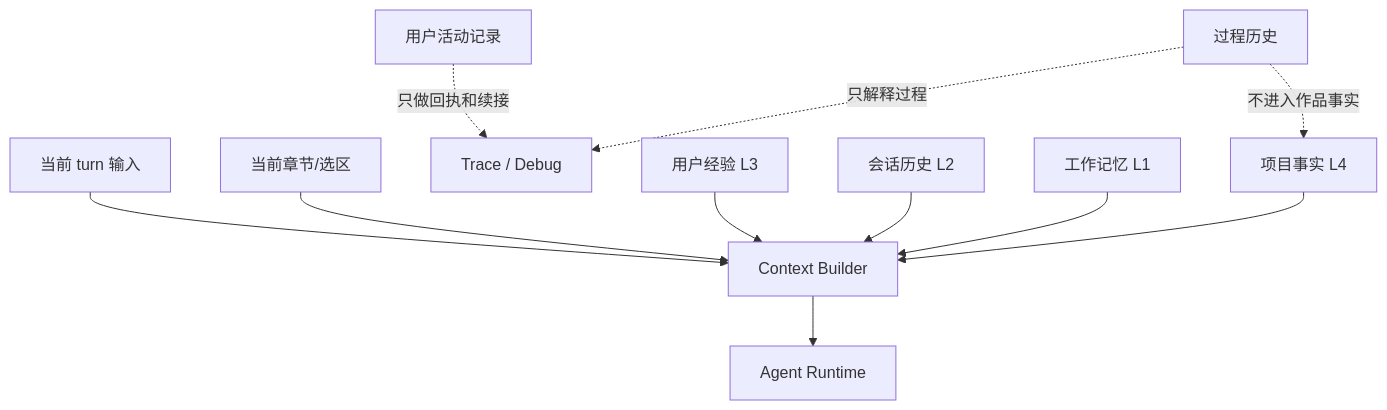
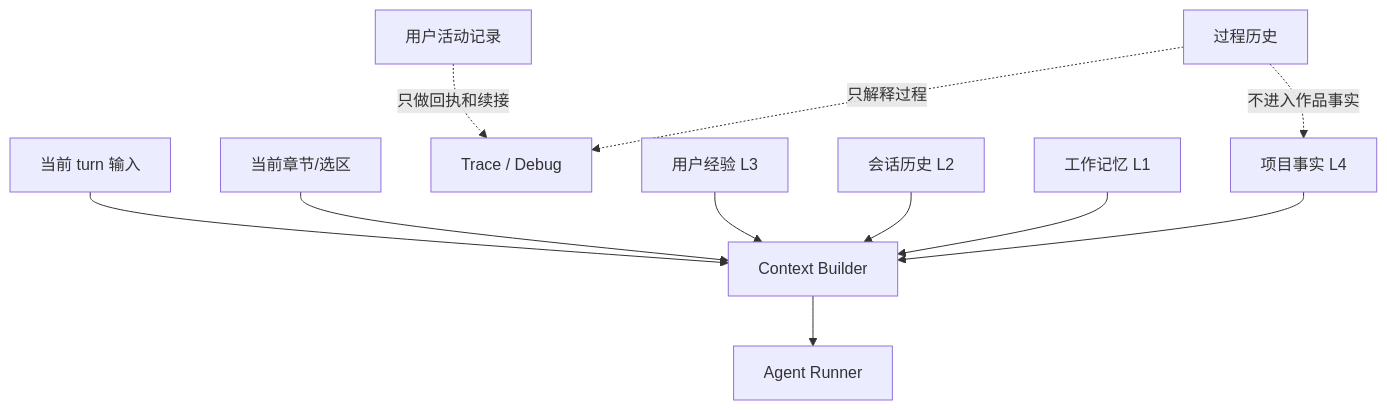
The first of 3 diagrams in spec/S02-runtime-state.md (jinhuang712/open-novel), drawn with Mermaid before and after one commit. The commit also changed other lines of this file and 65 other files, not shown here.

````diff
--- a/spec/S02-runtime-state.md
+++ b/spec/S02-runtime-state.md
@@ -19,14 +19,14 @@
 ```mermaid
 flowchart TB
   Current[当前 turn 输入] --> Builder[Context Builder]
   Chapter[当前章节/选区] --> Builder
   ProjectFacts[项目事实 L4] --> Builder
   Experience[用户经验 L3] --> Builder
   Recent[会话历史 L2] --> Builder
   Scratch[工作记忆 L1] --> Builder
-  Builder --> Agent[Agent Runtime]
+  Builder --> Agent[Agent Runner]
 
   Recap[用户活动记录] -.只做回执和续接.-> UI[Trace / Activity]
   Trace[过程历史] -.只解释过程.-> UI[Trace / Debug]
   Trace -.不进入作品事实.-> ProjectFacts
 ```
````
